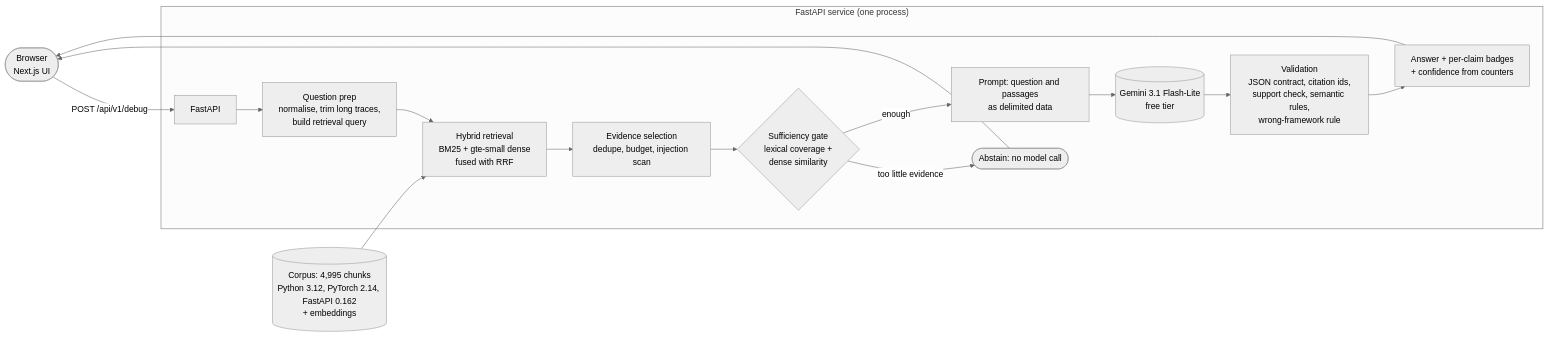
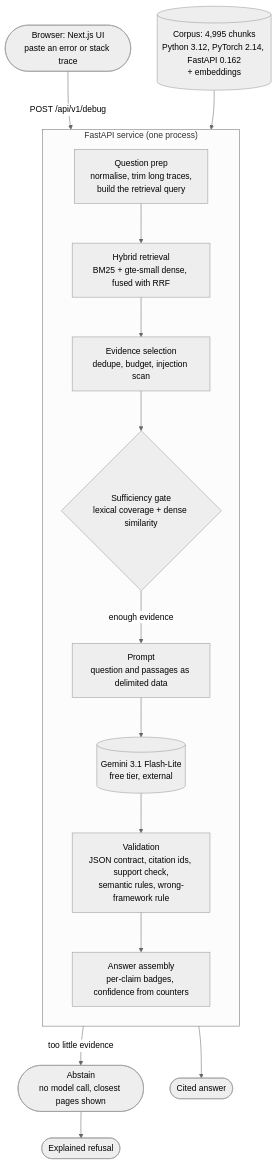
The diagram in README.md (KK-0307/neural-debugger), drawn with Mermaid (neutral theme) before and after one commit. The commit also changed 1 other file, not shown here.

Commit message:
Docs: tidier architecture diagram, one-click Render blueprint link

````diff
--- a/README.md
+++ b/README.md
@@ -43,18 +43,19 @@
 ```mermaid
-flowchart LR
-    U([Browser<br/>Next.js UI]) -->|POST /api/v1/debug| API[FastAPI]
-    subgraph Backend["FastAPI service (one process)"]
-        API --> Q[Question prep<br/>normalise, trim long traces,<br/>build retrieval query]
-        Q --> R[Hybrid retrieval<br/>BM25 + gte-small dense<br/>fused with RRF]
-        R --> E[Evidence selection<br/>dedupe, budget, injection scan]
-        E --> G{Sufficiency gate<br/>lexical coverage +<br/>dense similarity}
-        G -->|too little evidence| A([Abstain: no model call])
-        G -->|enough| P[Prompt: question and passages<br/>as delimited data]
-        P --> L[(Gemini 3.1 Flash-Lite<br/>free tier)]
-        L --> V[Validation<br/>JSON contract, citation ids,<br/>support check, semantic rules,<br/>wrong-framework rule]
-        V --> S[Answer + per-claim badges<br/>+ confidence from counters]
+flowchart TD
+    U(["Browser: Next.js UI<br/>paste an error or stack trace"]) -->|"POST /api/v1/debug"| Q
+    subgraph BE["FastAPI service (one process)"]
+        direction TB
+        Q["Question prep<br/>normalise, trim long traces,<br/>build the retrieval query"] --> R["Hybrid retrieval<br/>BM25 + gte-small dense, fused with RRF"]
+        R --> E["Evidence selection<br/>dedupe, budget, injection scan"]
+        E --> G{"Sufficiency gate<br/>lexical coverage + dense similarity"}
+        G -->|enough evidence| P["Prompt<br/>question and passages as delimited data"]
+        P --> L
+        L --> V["Validation<br/>JSON contract, citation ids, support check,<br/>semantic rules, wrong-framework rule"]
+        V --> S["Answer assembly<br/>per-claim badges, confidence from counters"]
     end
-    C[(Corpus: 4,995 chunks<br/>Python 3.12, PyTorch 2.14, FastAPI 0.162<br/>+ embeddings)] --> R
-    S --> U
-    A --> U
+    C[("Corpus: 4,995 chunks<br/>Python 3.12, PyTorch 2.14, FastAPI 0.162<br/>+ embeddings")] --> R
+    L[("Gemini 3.1 Flash-Lite<br/>free tier, external")]
+    G -->|too little evidence| A(["Abstain<br/>no model call, closest pages shown"])
+    S --> O(["Cited answer"])
+    A --> O2(["Explained refusal"])
 ```
````
